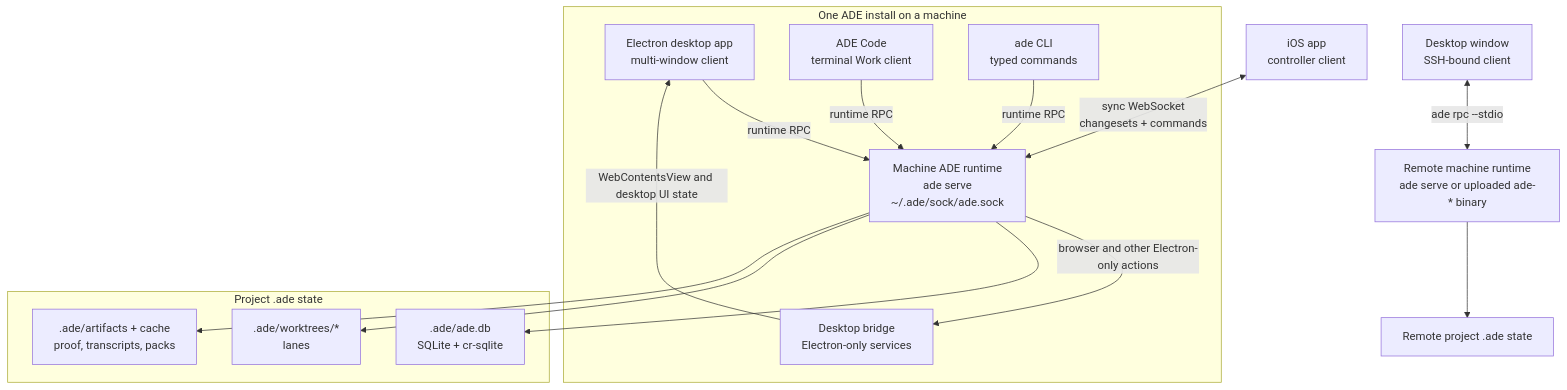
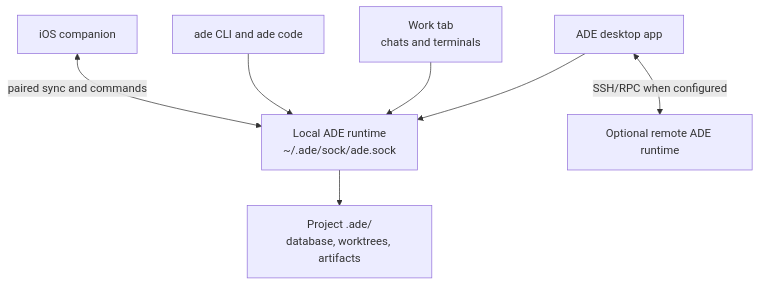
Before and after one commit to arul28/ADE: the diagram in architecture.mdx, drawn with Mermaid. The commit also changed other lines of this file and 49 other files, not shown here.

````diff
--- a/architecture.mdx
+++ b/architecture.mdx
@@ -9,31 +9,17 @@
 ```mermaid
 flowchart TB
-  subgraph LocalMachine["One ADE install on a machine"]
-    Desktop["Electron desktop app<br/>multi-window client"]
-    Code["ADE Code<br/>terminal Work client"]
-    Shell["ade CLI<br/>typed commands"]
-    Runtime["Machine ADE runtime<br/>ade serve<br/>~/.ade/sock/ade.sock"]
-    Bridge["Desktop bridge<br/>Electron-only services"]
-  end
+  Desktop["ADE desktop app"]
+  Work["Work tab<br/>chats and terminals"]
+  CLI["ade CLI and ade code"]
+  Runtime["Local ADE runtime<br/>~/.ade/sock/ade.sock"]
+  Project["Project .ade/<br/>database, worktrees, artifacts"]
+  IOS["iOS companion"]
+  Remote["Optional remote ADE runtime"]
 
-  Desktop -->|"runtime RPC"| Runtime
-  Code -->|"runtime RPC"| Runtime
-  Shell -->|"runtime RPC"| Runtime
-  Runtime -->|"browser and other Electron-only actions"| Bridge
-  Bridge -->|"WebContentsView and desktop UI state"| Desktop
-
-  subgraph ProjectState["Project .ade state"]
-    DB[".ade/ade.db<br/>SQLite + cr-sqlite"]
-    Worktrees[".ade/worktrees/*<br/>lanes"]
-    Artifacts[".ade/artifacts + cache<br/>proof, transcripts, packs"]
-  end
-
-  Runtime --> DB
-  Runtime --> Worktrees
-  Runtime --> Artifacts
-
-  IOS["iOS app<br/>controller client"] <-->|"sync WebSocket<br/>changesets + commands"| Runtime
-
-  RemoteDesktop["Desktop window<br/>SSH-bound client"] <-->|"ade rpc --stdio"| RemoteRuntime["Remote machine runtime<br/>ade serve or uploaded ade-* binary"]
-  RemoteRuntime --> RemoteProject["Remote project .ade state"]
+  Desktop --> Runtime
+  Work --> Runtime
+  CLI --> Runtime
+  Runtime --> Project
+  IOS <-->|"paired sync and commands"| Runtime
+  Desktop <-->|"SSH/RPC when configured"| Remote
 ```
````
